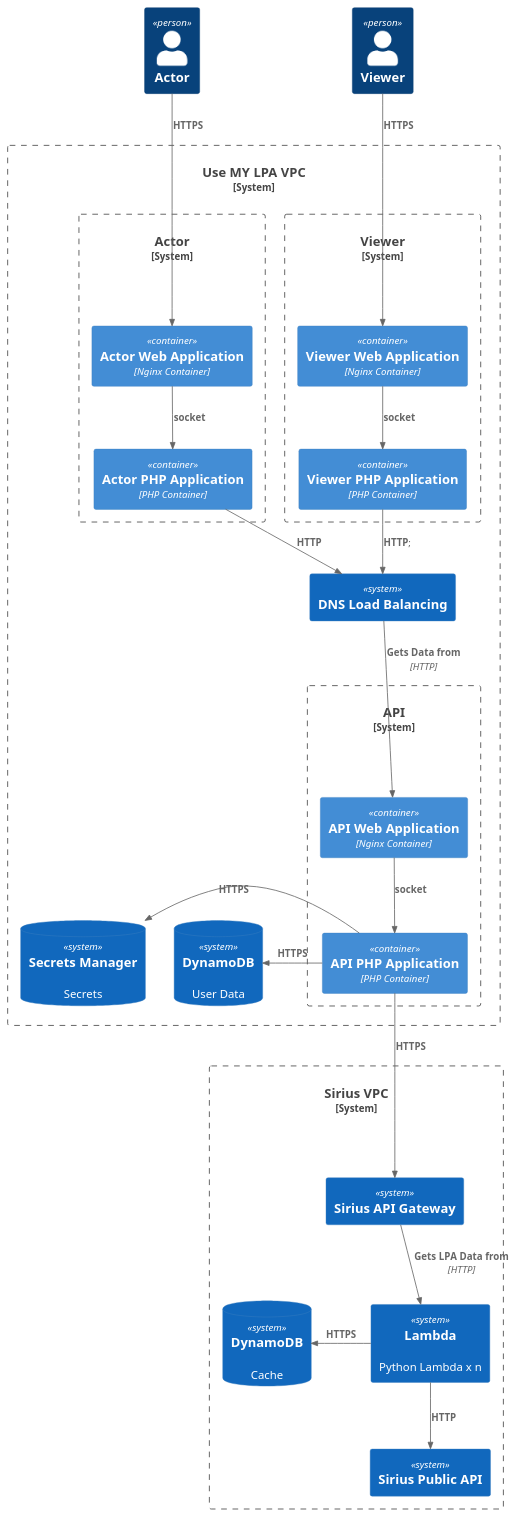
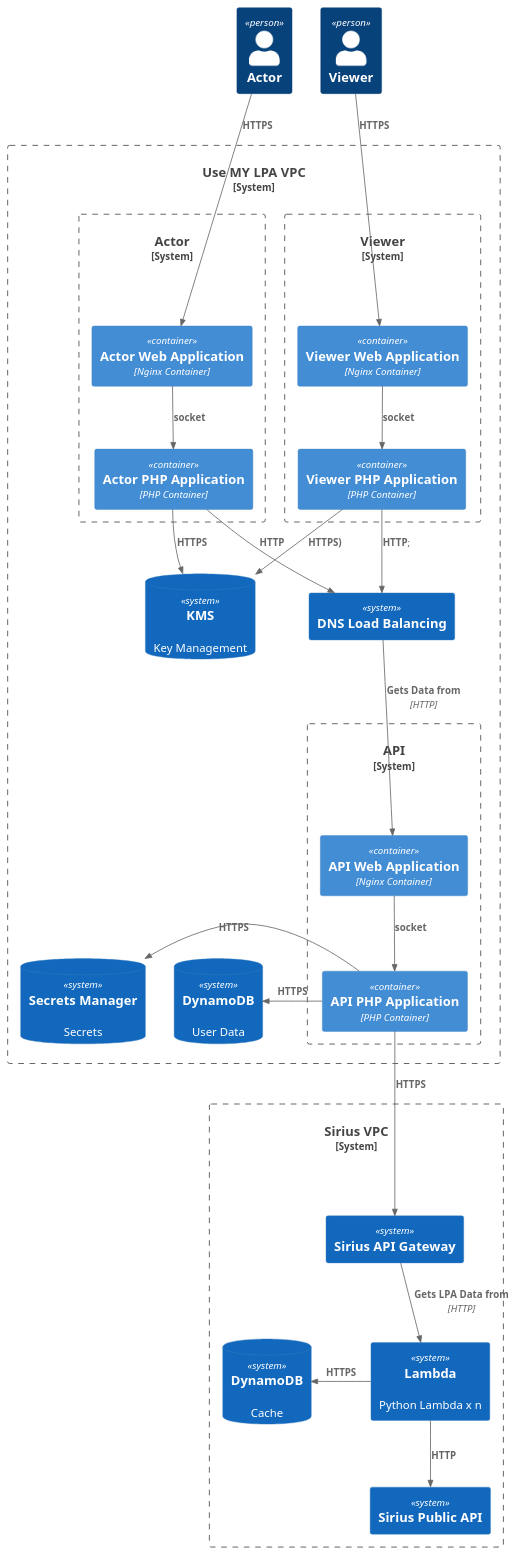
Before and after one commit to ministryofjustice/opg-use-an-lpa: the diagram in docs/architecture/diagrams/use-my-lpa-container-level.puml, drawn with PlantUML.

Commit message:
Add in missing KMS store

```diff
--- a/docs/architecture/diagrams/use-my-lpa-container-level.puml
+++ b/docs/architecture/diagrams/use-my-lpa-container-level.puml
@@ -1,65 +1,74 @@
 @startuml Use My LPA Containers
 !includeurl https://raw.githubusercontent.com/RicardoNiepel/C4-PlantUML/release/1-0/C4_Container.puml
 
 skinparam rectangle<<container>> {
     RoundCorner 5
 }
 skinparam rectangle<<system>> {
     RoundCorner 5
 }
 skinparam rectangle<<Person>> {
     RoundCorner 5
 }
 skinparam rectangle<<boundary>> {
     RoundCorner 5
 }
 
+together {
 Person(actor, "Actor")
 Person(viewer, "Viewer")
+}
+
 
 System_Boundary(umpla_vpc, "Use MY LPA VPC") {
 
     System_Boundary(viewer_web_boundary, "Viewer") {
         Container(viewer_web_app, "Viewer Web Application", "Nginx Container")
         Container(viewer_php_app, "Viewer PHP Application", "PHP Container") 
     }
+
+    SystemDb(kms, "KMS", "Key Management")
 
     System_Boundary(actor_web_boundary, "Actor") {    
         Container(actor_web_app, "Actor Web Application", "Nginx Container")
         Container(actor_php_app, "Actor PHP Application", "PHP Container")
     }
 
     System(dns_load_balancing, "DNS Load Balancing")
 
     System_Boundary(api_web_boundary, "API") {
         Container(api_web, "API Web Application", "Nginx Container")
         Container(api_php, "API PHP Application", "PHP Container")
     }
     SystemDb(dynamodb, "DynamoDB", "User Data")
     SystemDb(secrets_manager, "Secrets Manager", "Secrets")
+
 }
 System_Boundary(sirius_vpc, "Sirius VPC") {
     System(api_gateway, "Sirius API Gateway")
     System(api_gateway_lambda, "Lambda", "Python Lambda x n")
     System(sirius_public_api, "Sirius Public API")
     SystemDb(api_gateway_dynamo, "DynamoDB", "Cache")
 }
 Rel(viewer, viewer_web_app,"HTTPS")
 Rel(viewer_web_app, viewer_php_app,"socket")
 Rel(viewer_php_app, dns_load_balancing, "HTTP");
 
 Rel(actor, actor_web_app, "HTTPS")
 Rel(actor_web_app, actor_php_app, "socket")
 Rel(actor_php_app, dns_load_balancing, "HTTP")
 
+Rel(viewer_php_app, kms, "HTTPS)")
+Rel_R(actor_php_app,kms, "HTTPS")
+
 Rel_D(dns_load_balancing, api_web, "Gets Data from", "HTTP")
 
 Rel_D(api_web, api_php,"socket")
 Rel_D(api_php, api_gateway,"HTTPS")
 Rel_L(api_php, dynamodb, "HTTPS")
 Rel_R(api_php, secrets_manager, "HTTPS")
 Rel_D(api_gateway, api_gateway_lambda, "Gets LPA Data from", "HTTP")
 Rel(api_gateway_lambda, sirius_public_api, "HTTP")
 Rel_L(api_gateway_lambda, api_gateway_dynamo, "HTTPS")
 
 @enduml
```
